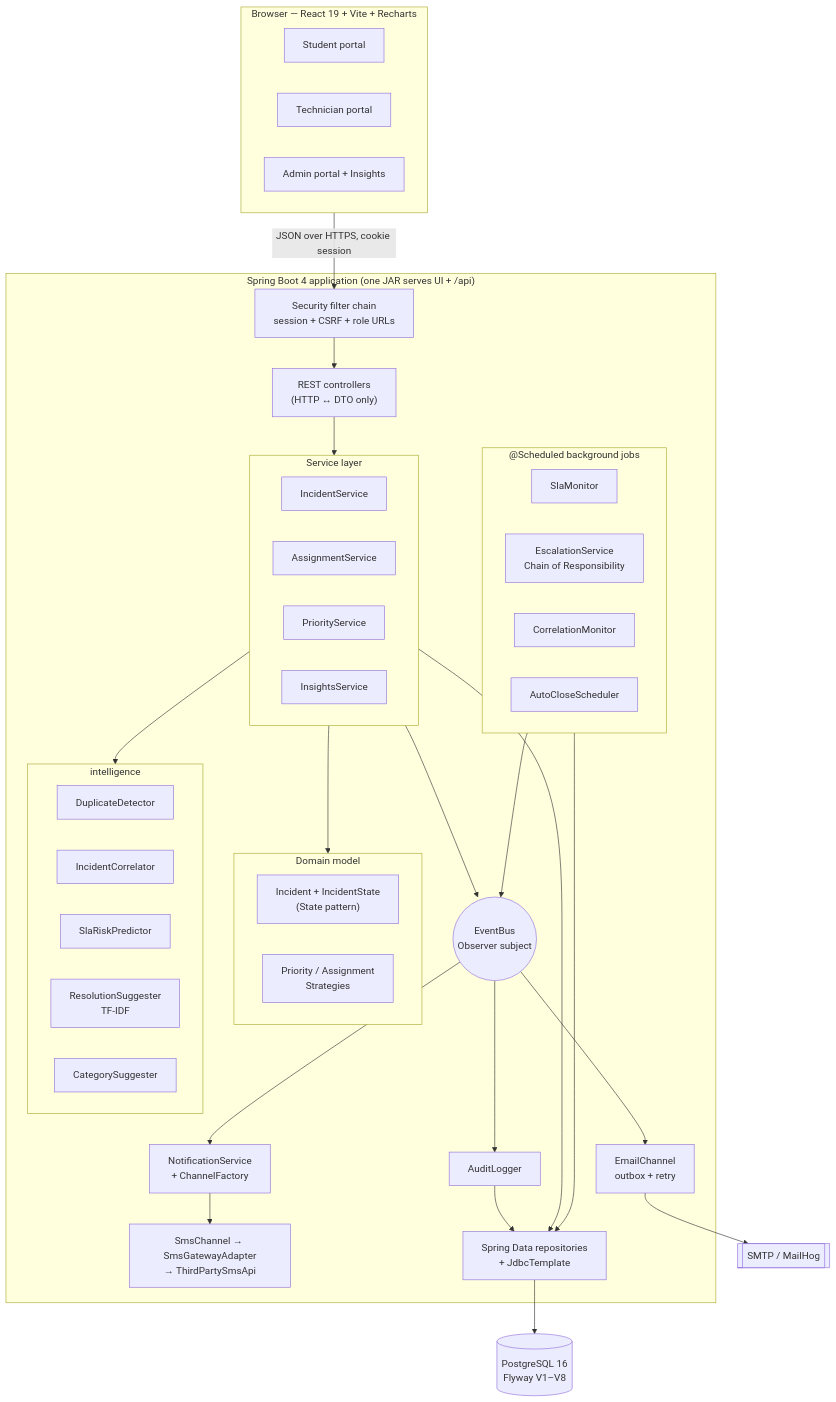
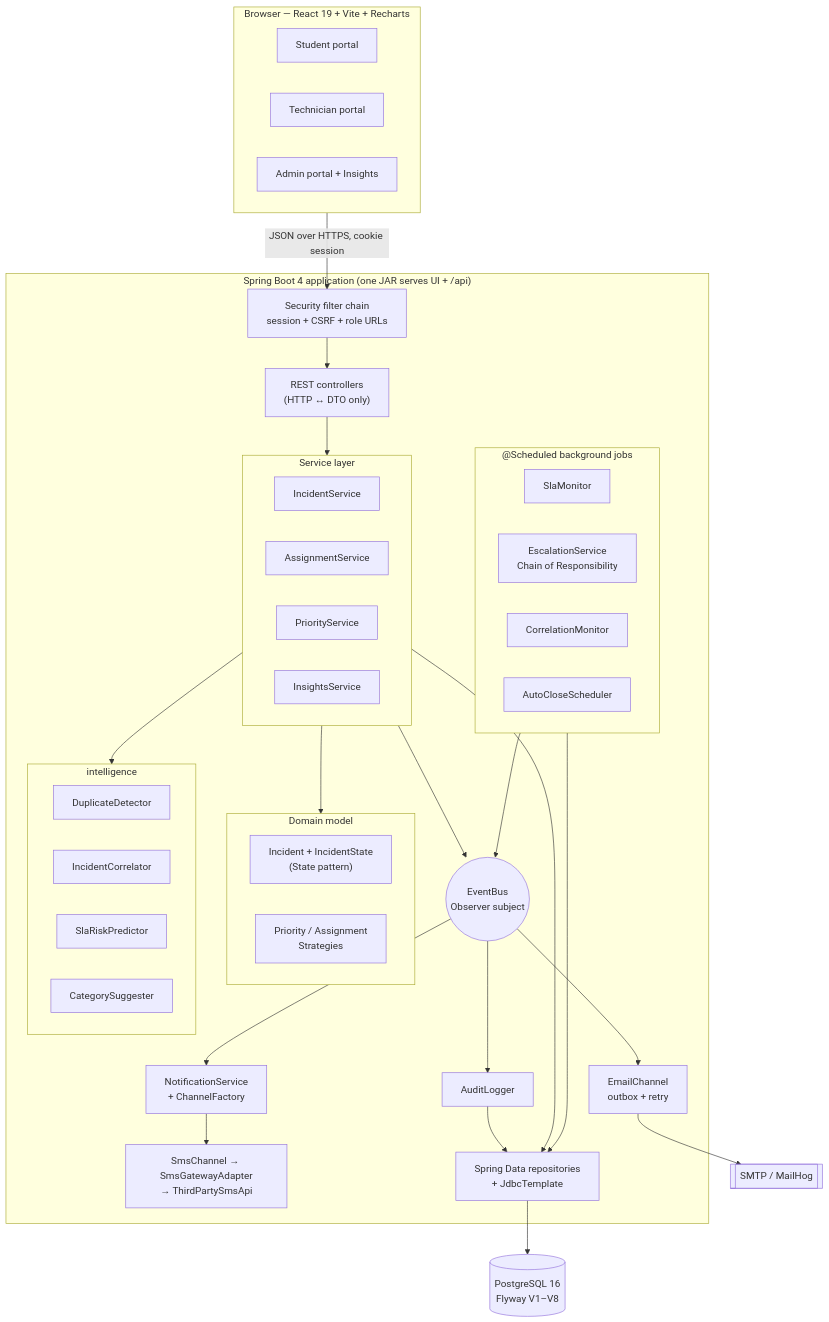
The diagram in bits-itsm/docs/diagrams/architecture.mmd (kushgupta7/bitsolve), drawn with Mermaid before and after one commit. The commit also changed 33 other files, not shown here.

```diff
--- a/bits-itsm/docs/diagrams/architecture.mmd
+++ b/bits-itsm/docs/diagrams/architecture.mmd
@@ -1,53 +1,52 @@
 flowchart TB
   subgraph Browser["Browser — React 19 + Vite + Recharts"]
     SP[Student portal]
     TP[Technician portal]
     AP[Admin portal + Insights]
   end
   subgraph App["Spring Boot 4 application (one JAR serves UI + /api)"]
     SEC["Security filter chain<br/>session + CSRF + role URLs"]
     CTRL["REST controllers<br/>(HTTP ↔ DTO only)"]
     subgraph Services["Service layer"]
       IS[IncidentService]
       AS[AssignmentService]
       PS[PriorityService]
       INS[InsightsService]
     end
     subgraph Domain["Domain model"]
       INC["Incident + IncidentState<br/>(State pattern)"]
       STR["Priority / Assignment<br/>Strategies"]
     end
     subgraph Intel["intelligence"]
       DUP[DuplicateDetector]
       COR[IncidentCorrelator]
       RISK[SlaRiskPredictor]
-      SUG["ResolutionSuggester<br/>TF-IDF"]
       CAT[CategorySuggester]
     end
     subgraph Bg["@Scheduled background jobs"]
       SLA[SlaMonitor]
       ESC["EscalationService<br/>Chain of Responsibility"]
       CM[CorrelationMonitor]
       AC[AutoCloseScheduler]
     end
     BUS(("EventBus<br/>Observer subject"))
     AUD[AuditLogger]
     NOT["NotificationService<br/>+ ChannelFactory"]
     MAIL["EmailChannel<br/>outbox + retry"]
     SMS["SmsChannel → SmsGatewayAdapter<br/>→ ThirdPartySmsApi"]
     REPO["Spring Data repositories<br/>+ JdbcTemplate"]
   end
   DB[("PostgreSQL 16<br/>Flyway V1–V8")]
   SMTP[["SMTP / MailHog"]]
   Browser -->|"JSON over HTTPS, cookie session"| SEC --> CTRL --> Services
   Services --> Domain
   Services --> Intel
   Services --> BUS
   Bg --> BUS
   BUS --> AUD & NOT & MAIL
   NOT --> SMS
   MAIL --> SMTP
   Services --> REPO
   Bg --> REPO
   AUD --> REPO
   REPO --> DB
```
